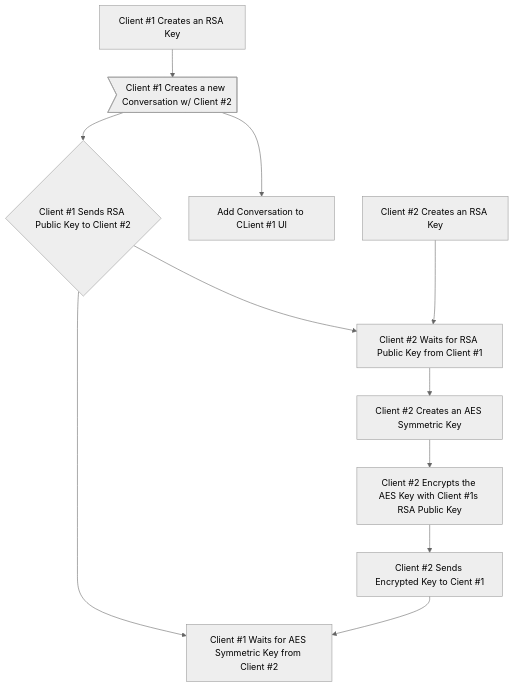
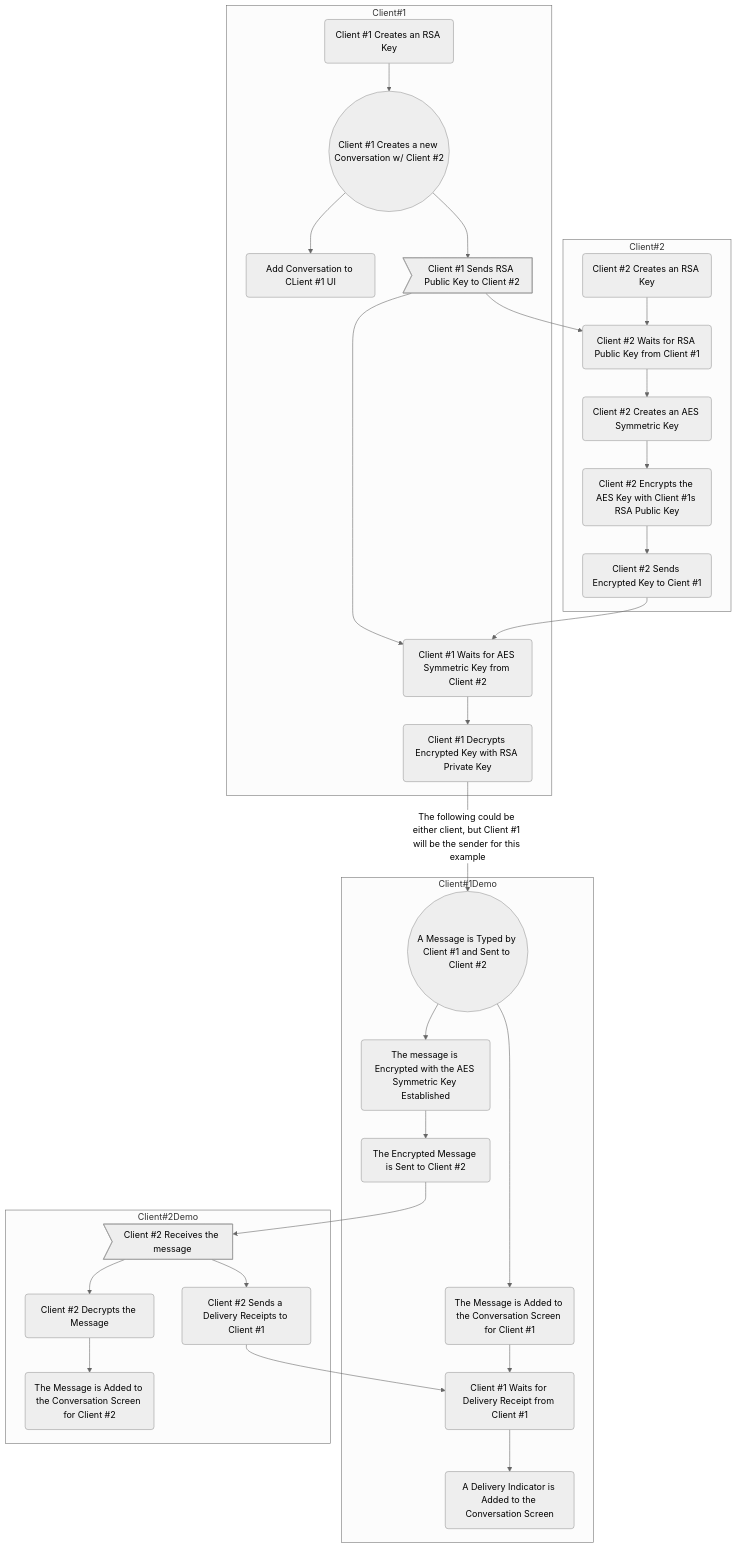
One commit to xXCrash2BomberXx/TinyChat changed the diagram in README.md. Above: the diagram before and after it, drawn with Mermaid (neutral theme). The commit also changed other lines of this file, not shown here.

````diff
--- a/README.md
+++ b/README.md
@@ -72,13 +72,35 @@
 ```mermaid
 graph TB;
-  A[Client #1 Creates an RSA Key] --> B>Client #1 Creates a new Conversation w/ Client #2];
-  B --> D[Add Conversation to CLient #1 UI];
-  B --> E{Client #1 Sends RSA Public Key to Client #2};
-  E --> G[Client #2 Waits for RSA Public Key from Client #1];
-  F[Client #2 Creates an RSA Key] --> G;
-  G --> H[Client #2 Creates an AES Symmetric Key];
-  H -->I[Client #2 Encrypts the AES Key with Client #1s RSA Public Key];
-  I -->J[Client #2 Sends Encrypted Key to Cient #1];
-  J --> K[Client #1 Waits for AES Symmetric Key from Client #2];
-  E --> K;
+  subgraph "Client#1"
+  A(Client #1 Creates an RSA Key) --> B((Client #1 Creates a new Conversation w/ Client #2));
+  B --> D(Add Conversation to CLient #1 UI);
+  B --> E>Client #1 Sends RSA Public Key to Client #2];
+  end
+  subgraph "Client#2"
+  F(Client #2 Creates an RSA Key) --> G(Client #2 Waits for RSA Public Key from Client #1);
+  E --> G;
+  G --> H(Client #2 Creates an AES Symmetric Key);
+  H -->I(Client #2 Encrypts the AES Key with Client #1s RSA Public Key);
+  I -->J(Client #2 Sends Encrypted Key to Cient #1);
+  end
+  subgraph "Client#1"
+  E --> K(Client #1 Waits for AES Symmetric Key from Client #2);
+  J --> K;
+  K --> L(Client #1 Decrypts Encrypted Key with RSA Private Key);
+  end
+  subgraph "Client#1Demo"
+  L --> |The following could be either client, but Client #1 will be the sender for this example| M((A Message is Typed by Client #1 and Sent to Client #2));
+  M --> N(The message is Encrypted with the AES Symmetric Key Established);
+  N --> O(The Encrypted Message is Sent to Client #2);
+  M --> Q(The Message is Added to the Conversation Screen for Client #1);
+  Q --> R(Client #1 Waits for Delivery Receipt from Client #1);
+  R --> V(A Delivery Indicator is Added to the Conversation Screen);
+  end
+  subgraph "Client#2Demo"
+  O --> P>Client #2 Receives the message];
+  P --> S(Client #2 Decrypts the Message);
+  S --> T(The Message is Added to the Conversation Screen for Client #2);
+  P --> U(Client #2 Sends a Delivery Receipts to Client #1);
+  U --> R;
+  end
 ```
````
